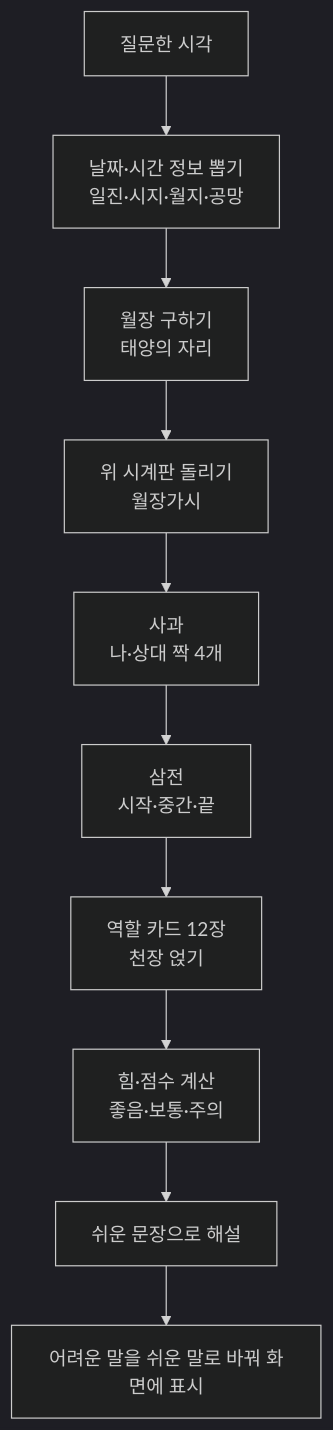
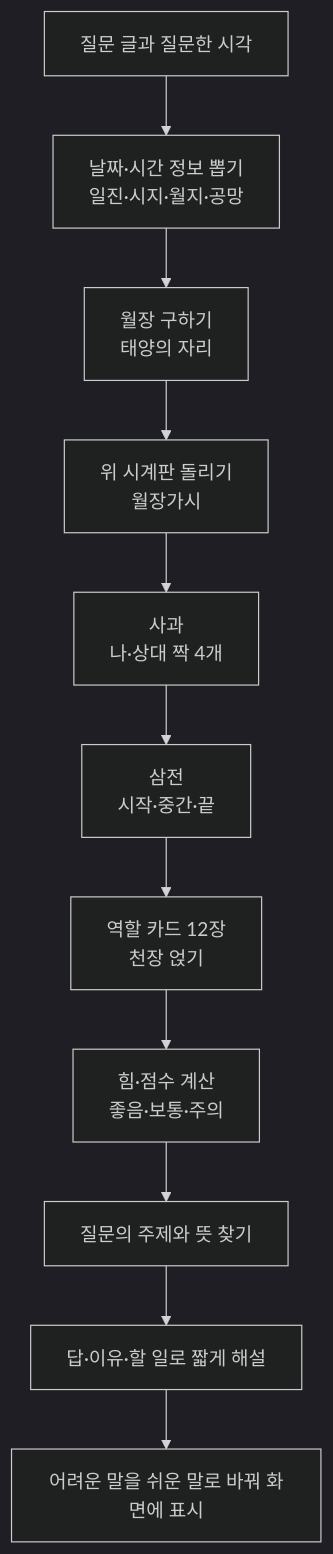
Before and after one commit to Kreuznach/Today-LiuRen: the diagram in docs/HOW_LIUREN_WORKS.md, drawn with Mermaid (dark theme). The commit also changed other lines of this file and 8 other files, not shown here.

````diff
--- a/docs/HOW_LIUREN_WORKS.md
+++ b/docs/HOW_LIUREN_WORKS.md
@@ -198,12 +209,13 @@
 ```mermaid
 flowchart TD
-    A[질문한 시각] --> B[날짜·시간 정보 뽑기<br/>일진·시지·월지·공망]
+    A[질문 글과 질문한 시각] --> B[날짜·시간 정보 뽑기<br/>일진·시지·월지·공망]
     B --> C[월장 구하기<br/>태양의 자리]
     C --> D[위 시계판 돌리기<br/>월장가시]
     D --> E[사과<br/>나·상대 짝 4개]
     E --> F[삼전<br/>시작·중간·끝]
     F --> G[역할 카드 12장<br/>천장 얹기]
     G --> H[힘·점수 계산<br/>좋음·보통·주의]
-    H --> I[쉬운 문장으로 해설]
-    I --> J[어려운 말을 쉬운 말로 바꿔 화면에 표시]
+    H --> I[질문의 주제와 뜻 찾기]
+    I --> J[답·이유·할 일로 짧게 해설]
+    J --> K[어려운 말을 쉬운 말로 바꿔 화면에 표시]
 ```
````
